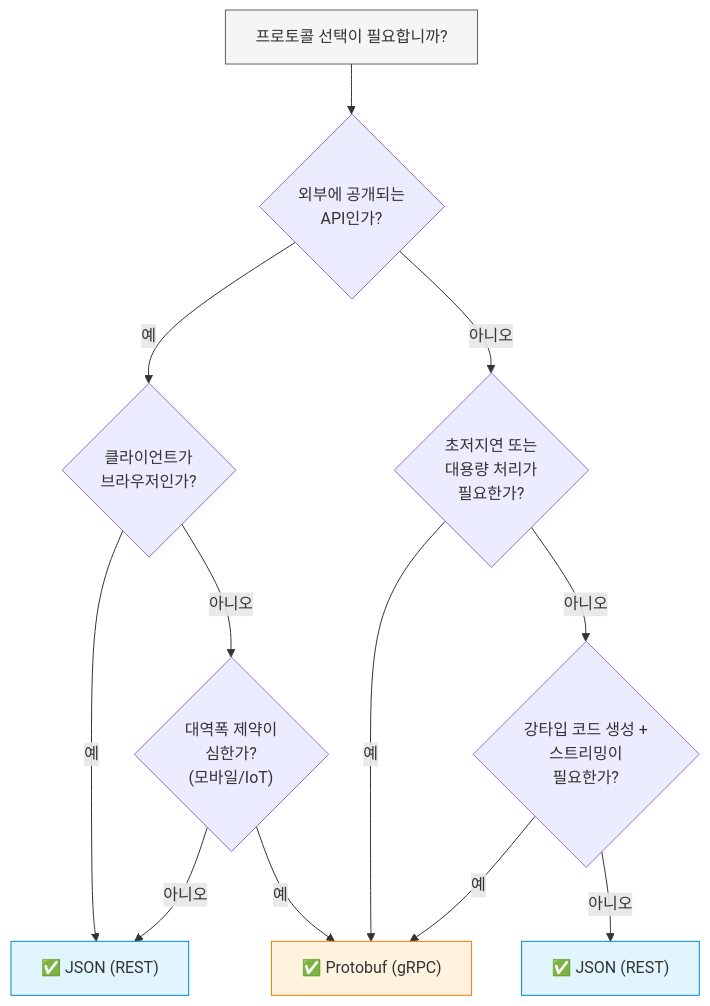
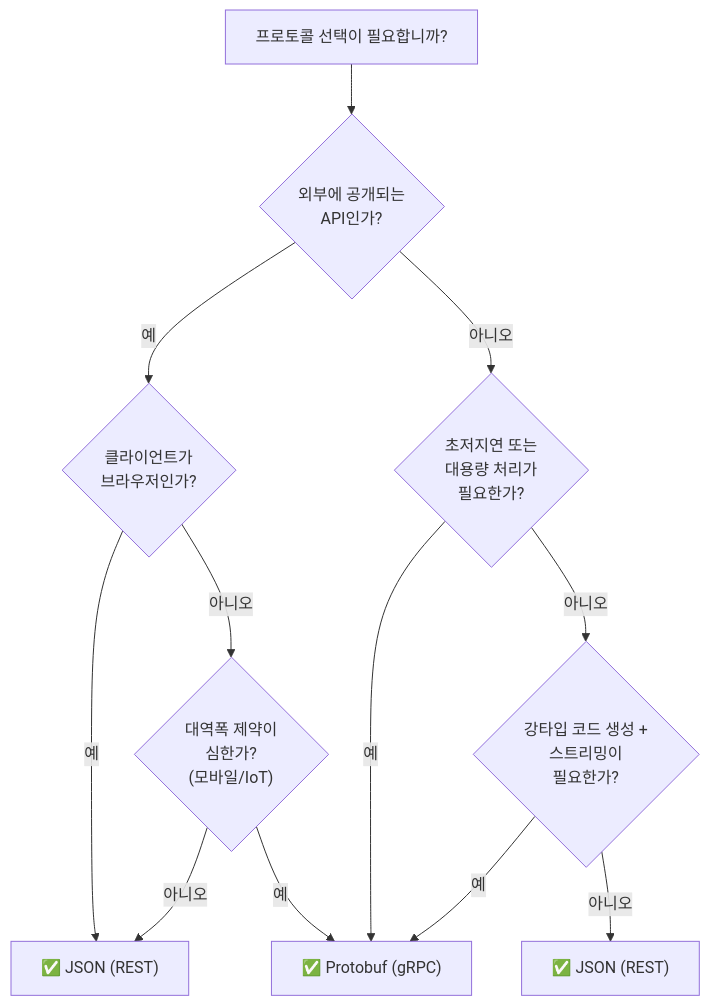
Before and after one commit to icarus-inte01/wiki: the second of 2 diagrams in docs/dev/json-protobuf.md, drawn with Mermaid. The commit also changed other lines of this file and 1 other file, not shown here.

Commit message:
fix: Mermaid 다이어그램 style 제거 (테마 대응), AGENTS.md에 코드 블록-리스트 빈 줄 규칙 추가

````diff
--- a/docs/dev/json-protobuf.md
+++ b/docs/dev/json-protobuf.md
@@ -174,19 +169,14 @@
 ```mermaid
 flowchart TD
     START["프로토콜 선택이 필요합니까?"] --> DECISION1{"외부에 공개되는<br/>API인가?"}
     DECISION1 -->|예| DECISION2{"클라이언트가<br/>브라우저인가?"}
     DECISION1 -->|아니오| DECISION4{"초저지연 또는<br/>대용량 처리가<br/>필요한가?"}
     DECISION2 -->|예| JSON1["✅ JSON (REST)"]
     DECISION2 -->|아니오| DECISION3{"대역폭 제약이<br/>심한가?<br/>(모바일/IoT)"}
     DECISION3 -->|예| GRPC1["✅ Protobuf (gRPC)"]
     DECISION3 -->|아니오| JSON1
     DECISION4 -->|예| GRPC1
     DECISION4 -->|아니오| DECISION5{"강타입 코드 생성 +<br/>스트리밍이<br/>필요한가?"}
     DECISION5 -->|예| GRPC1
     DECISION5 -->|아니오| JSON2["✅ JSON (REST)"]
-
-    style JSON1 fill:#e1f5fe,stroke:#0288d1
-    style JSON2 fill:#e1f5fe,stroke:#0288d1
-    style GRPC1 fill:#fff3e0,stroke:#f57c00
-    style START fill:#f5f5f5,stroke:#616161
 ```
````
